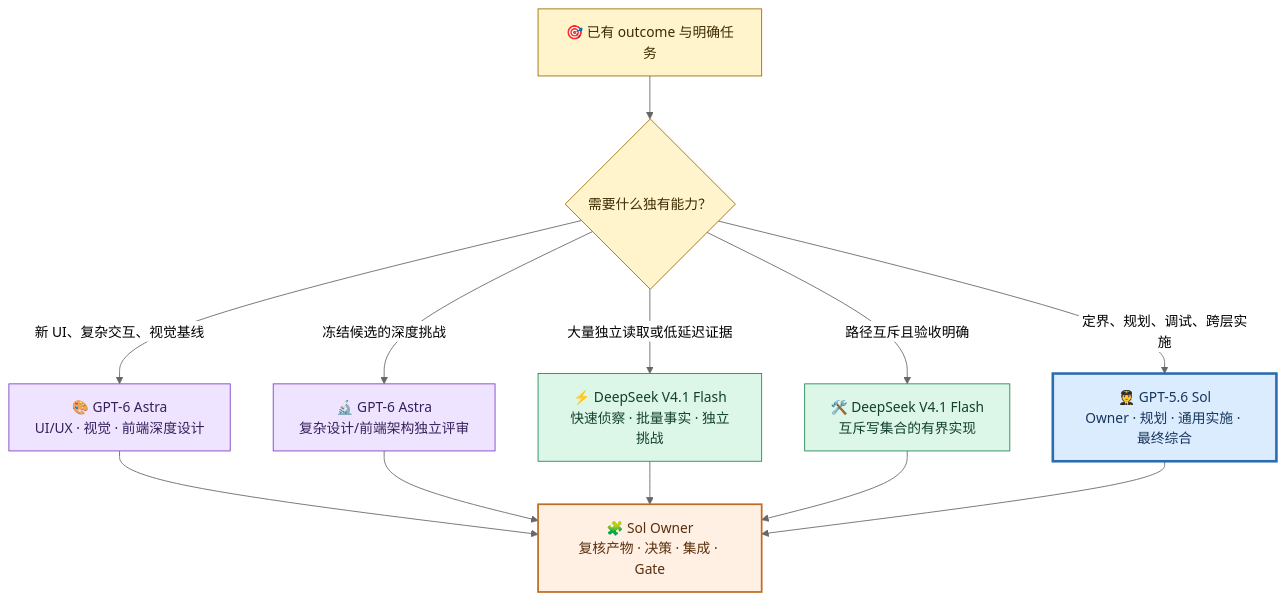
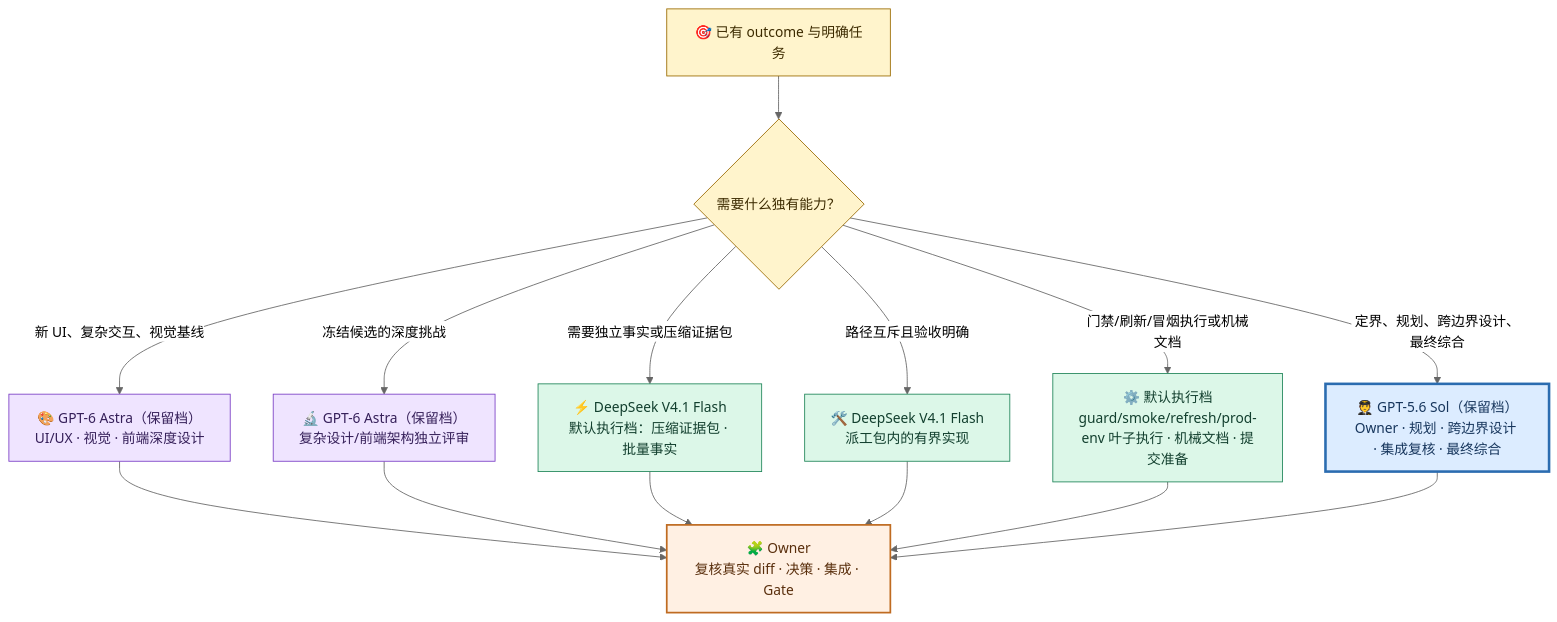
Before and after one commit to kldancer/team-os: the third of 7 diagrams in docs/使用手册/02-Pi-OMP-Team-OS日常工作流使用手册.md, drawn with Mermaid (neutral theme). The commit also changed other lines of this file and 18 other files, not shown here.

Commit message:
feat(team-os)：优化上下文经济与 DeepSeek 执行路由

````diff
--- a/docs/使用手册/02-Pi-OMP-Team-OS日常工作流使用手册.md
+++ b/docs/使用手册/02-Pi-OMP-Team-OS日常工作流使用手册.md
@@ -177,34 +177,37 @@
 ```mermaid
 flowchart TB
     TASK["🎯 已有 outcome 与明确任务"]
     KIND{"需要什么独有能力？"}
-    SOL["🧑‍✈️ GPT-5.6 Sol<br/>Owner · 规划 · 通用实施 · 最终综合"]
-    UI["🎨 GPT-6 Astra<br/>UI/UX · 视觉 · 前端深度设计"]
-    REVIEW["🔬 GPT-6 Astra<br/>复杂设计/前端架构独立评审"]
-    FAST["⚡ DeepSeek V4.1 Flash<br/>快速侦察 · 批量事实 · 独立挑战"]
-    WRITE["🛠️ DeepSeek V4.1 Flash<br/>互斥写集合的有界实现"]
-    MERGE["🧩 Sol Owner<br/>复核产物 · 决策 · 集成 · Gate"]
+    SOL["🧑‍✈️ GPT-5.6 Sol（保留档）<br/>Owner · 规划 · 跨边界设计 · 集成复核 · 最终综合"]
+    UI["🎨 GPT-6 Astra（保留档）<br/>UI/UX · 视觉 · 前端深度设计"]
+    REVIEW["🔬 GPT-6 Astra（保留档）<br/>复杂设计/前端架构独立评审"]
+    FAST["⚡ DeepSeek V4.1 Flash<br/>默认执行档：压缩证据包 · 批量事实"]
+    WRITE["🛠️ DeepSeek V4.1 Flash<br/>派工包内的有界实现"]
+    LEAF["⚙️ 默认执行档<br/>guard/smoke/refresh/prod-env 叶子执行 · 机械文档 · 提交准备"]
+    MERGE["🧩 Owner<br/>复核真实 diff · 决策 · 集成 · Gate"]
 
     TASK --> KIND
-    KIND -->|"定界、规划、调试、跨层实施"| SOL
+    KIND -->|"定界、规划、跨边界设计、最终综合"| SOL
     KIND -->|"新 UI、复杂交互、视觉基线"| UI
     KIND -->|"冻结候选的深度挑战"| REVIEW
-    KIND -->|"大量独立读取或低延迟证据"| FAST
+    KIND -->|"需要独立事实或压缩证据包"| FAST
     KIND -->|"路径互斥且验收明确"| WRITE
+    KIND -->|"门禁/刷新/冒烟执行或机械文档"| LEAF
     UI --> MERGE
     REVIEW --> MERGE
     FAST --> MERGE
     WRITE --> MERGE
+    LEAF --> MERGE
     SOL --> MERGE
 
     classDef input fill:#fff4cc,stroke:#9a6b00,color:#3d2b00;
     classDef owner fill:#dcecff,stroke:#2b6cb0,color:#17365d,stroke-width:3px;
     classDef astra fill:#efe4ff,stroke:#7b3fc6,color:#36205a;
     classDef deepseek fill:#dcf7e8,stroke:#21865a,color:#123f2e;
     classDef merge fill:#fff0e3,stroke:#bf6b21,color:#5a2f0d,stroke-width:2px;
     class TASK,KIND input;
     class SOL owner;
     class UI,REVIEW astra;
-    class FAST,WRITE deepseek;
+    class FAST,WRITE,LEAF deepseek;
     class MERGE merge;
 ```
````
